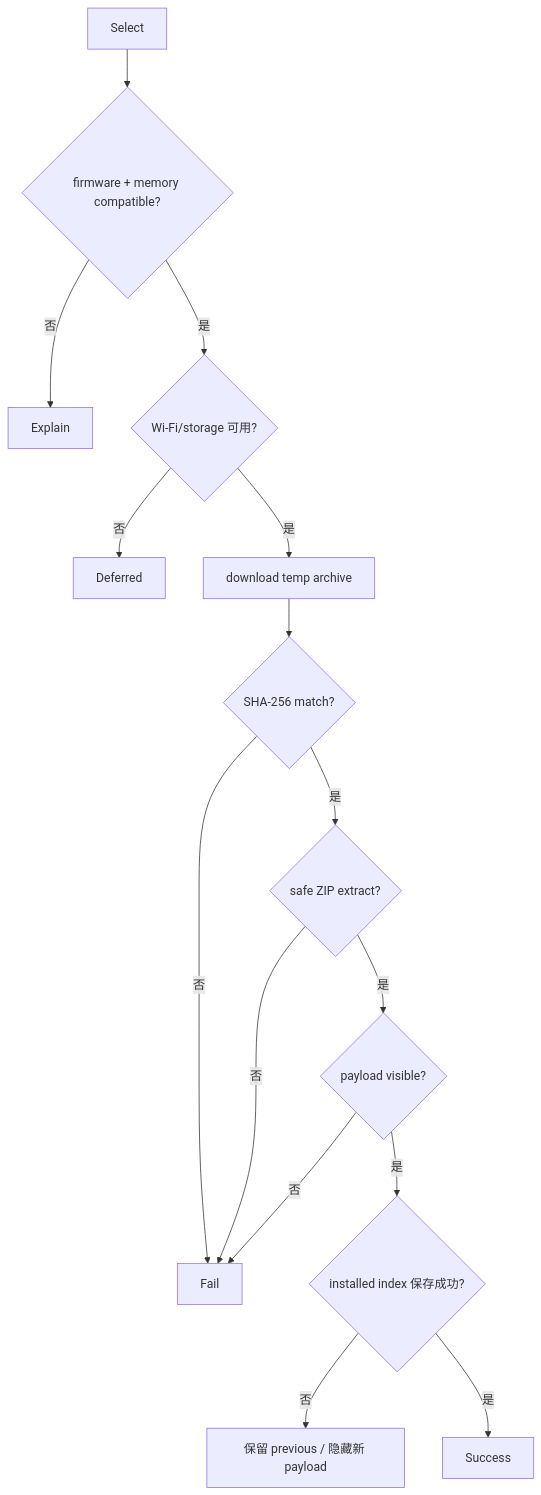
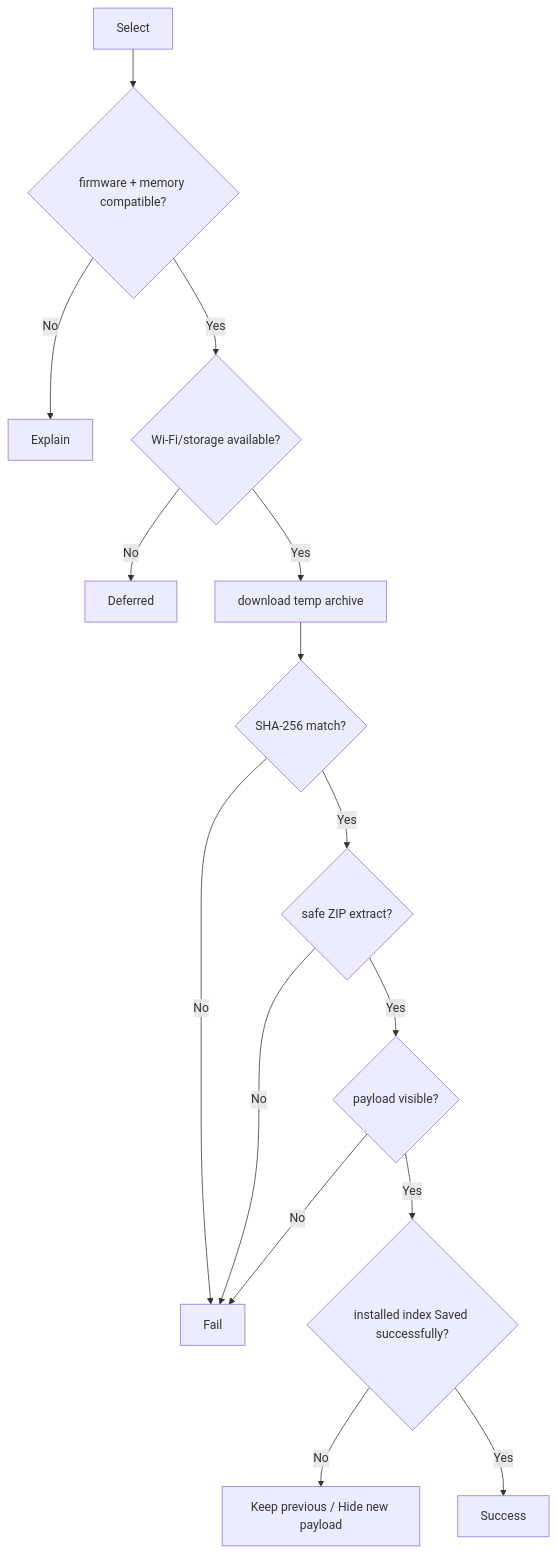
Before and after one commit to manmuqingshan/trail-mate: the diagram in docs/design/use-case-diagrams/manage-extension-packages/activity.md, drawn with Mermaid. The commit also changed other lines of this file and 527 other files, not shown here.

````diff
--- a/docs/design/use-case-diagrams/manage-extension-packages/activity.md
+++ b/docs/design/use-case-diagrams/manage-extension-packages/activity.md
@@ -2,17 +2,17 @@
 ```mermaid
 flowchart TD
   Select --> Compatible{"firmware + memory compatible?"}
-  Compatible -- 否 --> Explain
-  Compatible -- 是 --> Lease{"Wi-Fi/storage 可用?"}
-  Lease -- 否 --> Deferred
-  Lease -- 是 --> Download["download temp archive"]
+ Compatible -- No --> Explain
+ Compatible -- Yes --> Lease{"Wi-Fi/storage available?"}
+ Lease -- No --> Deferred
+ Lease -- Yes --> Download["download temp archive"]
   Download --> Hash{"SHA-256 match?"}
-  Hash -- 否 --> Fail
-  Hash -- 是 --> Extract{"safe ZIP extract?"}
-  Extract -- 否 --> Fail
-  Extract -- 是 --> Visible{"payload visible?"}
-  Visible -- 否 --> Fail
-  Visible -- 是 --> Index{"installed index 保存成功?"}
-  Index -- 否 --> Rollback["保留 previous / 隐藏新 payload"]
-  Index -- 是 --> Success
+ Hash -- No --> Fail
+ Hash -- Yes --> Extract{"safe ZIP extract?"}
+ Extract -- No --> Fail
+ Extract -- Yes --> Visible{"payload visible?"}
+ Visible -- No --> Fail
+ Visible -- Yes --> Index{"installed index Saved successfully?"}
+ Index -- No --> Rollback["Keep previous / Hide new payload"]
+ Index -- Yes --> Success
 ```
````
